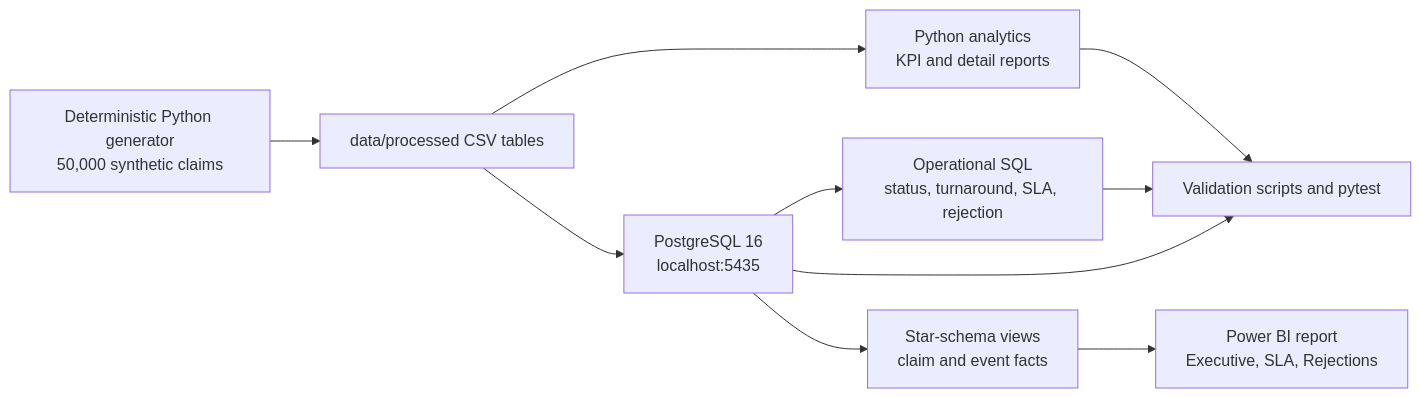
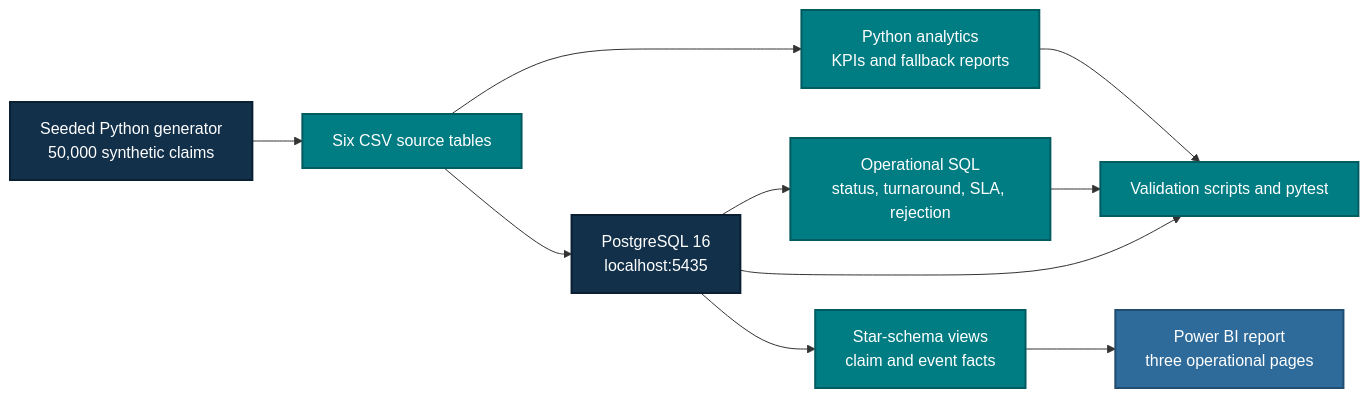
Before and after one commit to AlokChaturvedi1209/insurance-claims-analytics: the diagram in README.md, drawn with Mermaid. The commit also changed other lines of this file, not shown here.

````diff
--- a/README.md
+++ b/README.md
@@ -61,12 +100,19 @@
 ```mermaid
 flowchart LR
-    G[Deterministic Python generator<br/>50,000 synthetic claims] --> CSV[data/processed CSV tables]
-    CSV --> PY[Python analytics<br/>KPI and detail reports]
-    CSV --> DB[PostgreSQL 16<br/>localhost:5435]
-    DB --> SQL[Operational SQL<br/>status, turnaround, SLA, rejection]
-    DB --> V[Star-schema views<br/>claim and event facts]
-    V --> PBI[Power BI report<br/>Executive, SLA, Rejections]
-    PY --> VAL[Validation scripts and pytest]
-    SQL --> VAL
-    DB --> VAL
+    GEN["Seeded Python generator<br/>50,000 synthetic claims"] --> CSV["Six CSV source tables"]
+    CSV --> PY["Python analytics<br/>KPIs and fallback reports"]
+    CSV --> DB["PostgreSQL 16<br/>localhost:5435"]
+    DB --> SQL["Operational SQL<br/>status, turnaround, SLA, rejection"]
+    DB --> VIEWS["Star-schema views<br/>claim and event facts"]
+    VIEWS --> PBI["Power BI report<br/>three operational pages"]
+    PY --> CHECKS["Validation scripts and pytest"]
+    SQL --> CHECKS
+    DB --> CHECKS
+
+    classDef source fill:#12304A,color:#FFFFFF,stroke:#0B1F33,stroke-width:2px;
+    classDef process fill:#007C83,color:#FFFFFF,stroke:#005C61,stroke-width:2px;
+    classDef output fill:#2F6B9A,color:#FFFFFF,stroke:#214D70,stroke-width:2px;
+    class GEN,DB source;
+    class CSV,PY,SQL,VIEWS,CHECKS process;
+    class PBI output;
 ```
````
